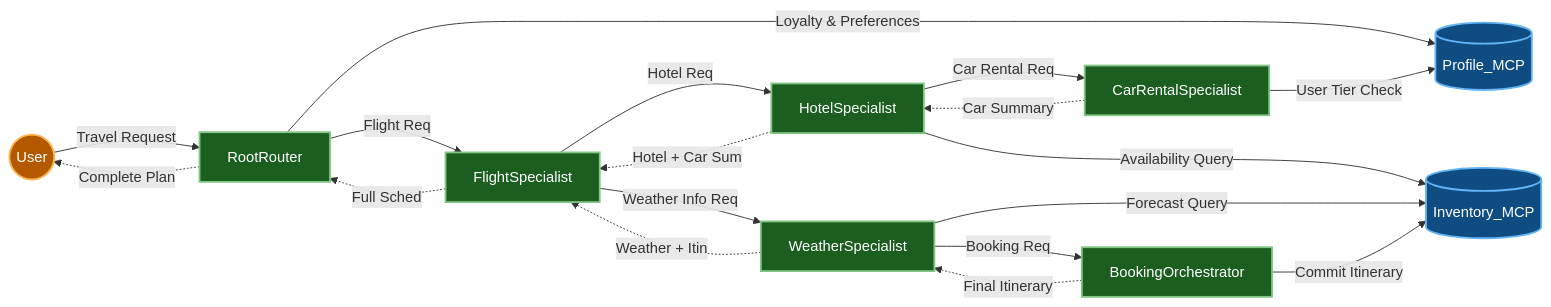
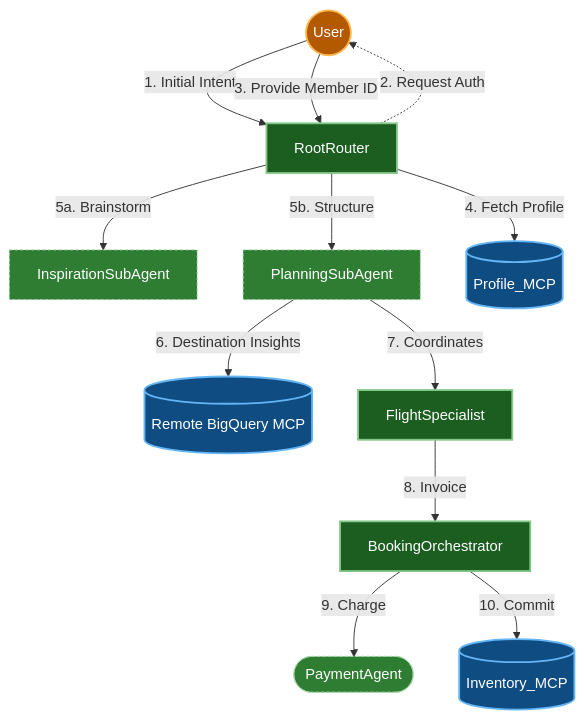
One commit to srtux/agent-testbed changed the second of 3 diagrams in README.md. Above: the diagram before and after it, drawn with Mermaid. The commit also changed other lines of this file and 39 other files, not shown here.

````diff
--- a/README.md
+++ b/README.md
@@ -96,38 +104,38 @@
 ```mermaid
-flowchart LR
+flowchart TD
     %% Define Classes
     classDef agent fill:#1b5e20,stroke:#81c784,stroke-width:2px,color:#ffffff;
     classDef mcp fill:#0f4c81,stroke:#64b5f6,stroke-width:2px,color:#ffffff;
     classDef user fill:#b35900,stroke:#ffb74d,stroke-width:2px,color:#ffffff;
+    classDef subagent fill:#2e7d32,stroke:#a5d6a7,stroke-width:1px,color:#ffffff,stroke-dasharray: 3 3;
 
     User((User)):::user
-    
-    %% Core Routing
-    User -- "Travel Request" --> Root[RootRouter]:::agent
-    Root -- "Loyalty & Preferences" --> Profile[(Profile_MCP)]:::mcp
-    Root -- "Flight Req" --> Flight[FlightSpecialist]:::agent
-    
-    %% Flight Sub-Routing
-    Flight -- "Hotel Req" --> Hotel[HotelSpecialist]:::agent
-    Flight -- "Weather Info Req" --> Weather[WeatherSpecialist]:::agent
-    
-    %% Data Access
-    Hotel -- "Availability Query" --> Inv[(Inventory_MCP)]:::mcp
-    Hotel -- "Car Rental Req" --> Car[CarRentalSpecialist]:::agent
-    
-    Car -- "User Tier Check" --> Profile
-    
-    Weather -- "Forecast Query" --> Inv
-    Weather -- "Booking Req" --> Booking[BookingOrchestrator]:::agent
-    
-    %% Commit phase
-    Booking -- "Commit Itinerary" --> Inv
-    
-    %% Return Flow (Implicit in architecture but explicitly drawn for logic)
-    Booking -. "Final Itinerary" .-> Weather
-    Weather -. "Weather + Itin" .-> Flight
-    Car -. "Car Summary" .-> Hotel
-    Hotel -. "Hotel + Car Sum" .-> Flight
-    Flight -. "Full Sched" .-> Root
-    Root -. "Complete Plan" .-> User
+    Root[RootRouter]:::agent
+    Insp[InspirationSubAgent]:::subagent
+    Plan[PlanningSubAgent]:::subagent
+    Profile[(Profile_MCP)]:::mcp
+    Remote[(Remote BigQuery MCP)]:::mcp
+    Flight[FlightSpecialist]:::agent
+    Orchestrator[BookingOrchestrator]:::agent
+    Payment([PaymentAgent]):::subagent
+    Inv[(Inventory_MCP)]:::mcp
+
+    %% 2-Step Auth Flow
+    User -- "1. Initial Intent" --> Root
+    Root -. "2. Request Auth" .-> User
+    User -- "3. Provide Member ID" --> Root
+
+    %% Inner Routing
+    Root -- "4. Fetch Profile" --> Profile
+    Root -- "5a. Brainstorm" --> Insp
+    Root -- "5b. Structure" --> Plan
+
+    %% Planning & Specialist triggers
+    Plan -- "6. Destination Insights" --> Remote
+    Plan -- "7. Coordinates" --> Flight
+
+    %% Downstream
+    Flight -- "8. Invoice" --> Orchestrator
+    Orchestrator -- "9. Charge" --> Payment
+    Orchestrator -- "10. Commit" --> Inv
 ```
````
